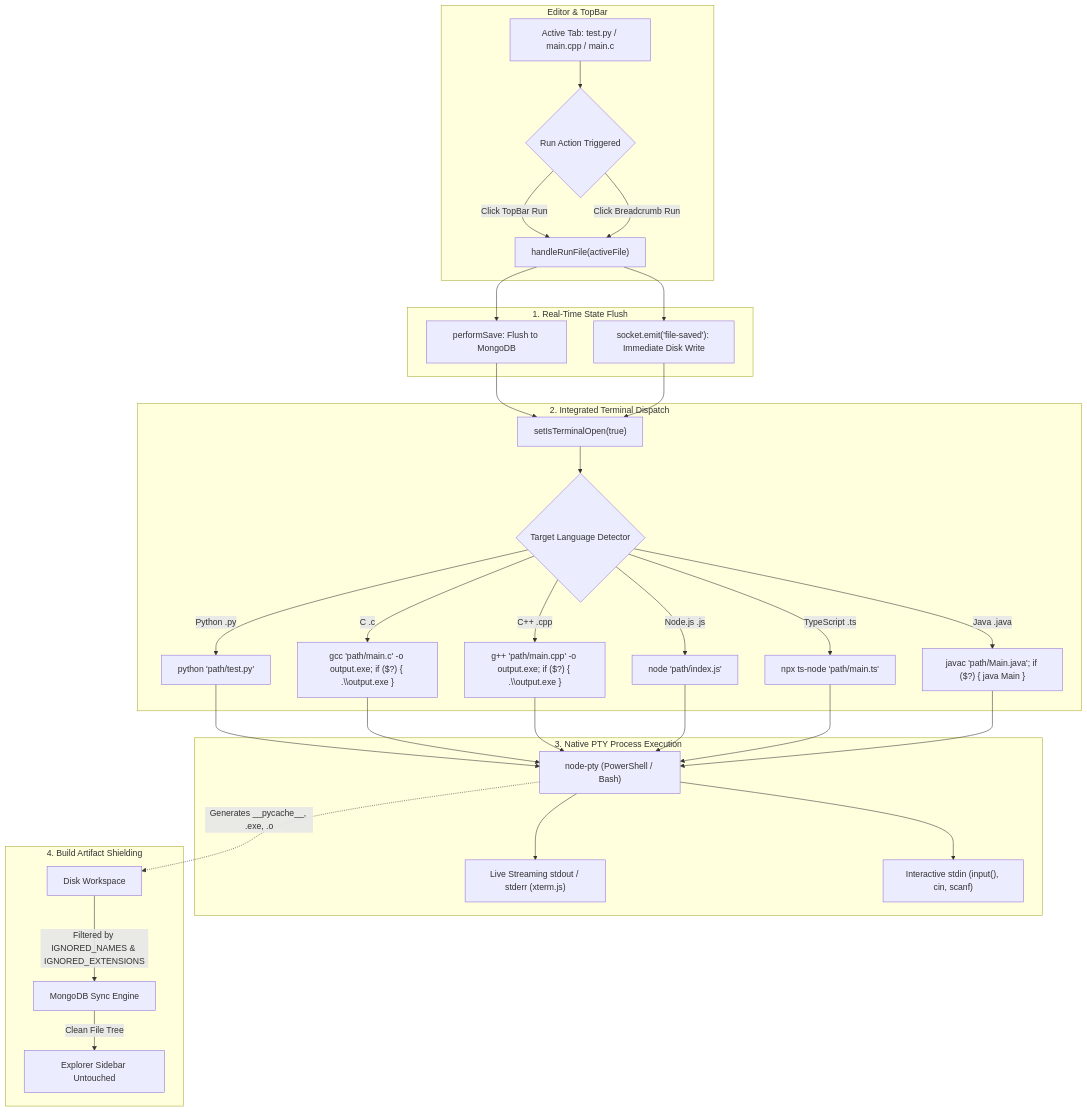
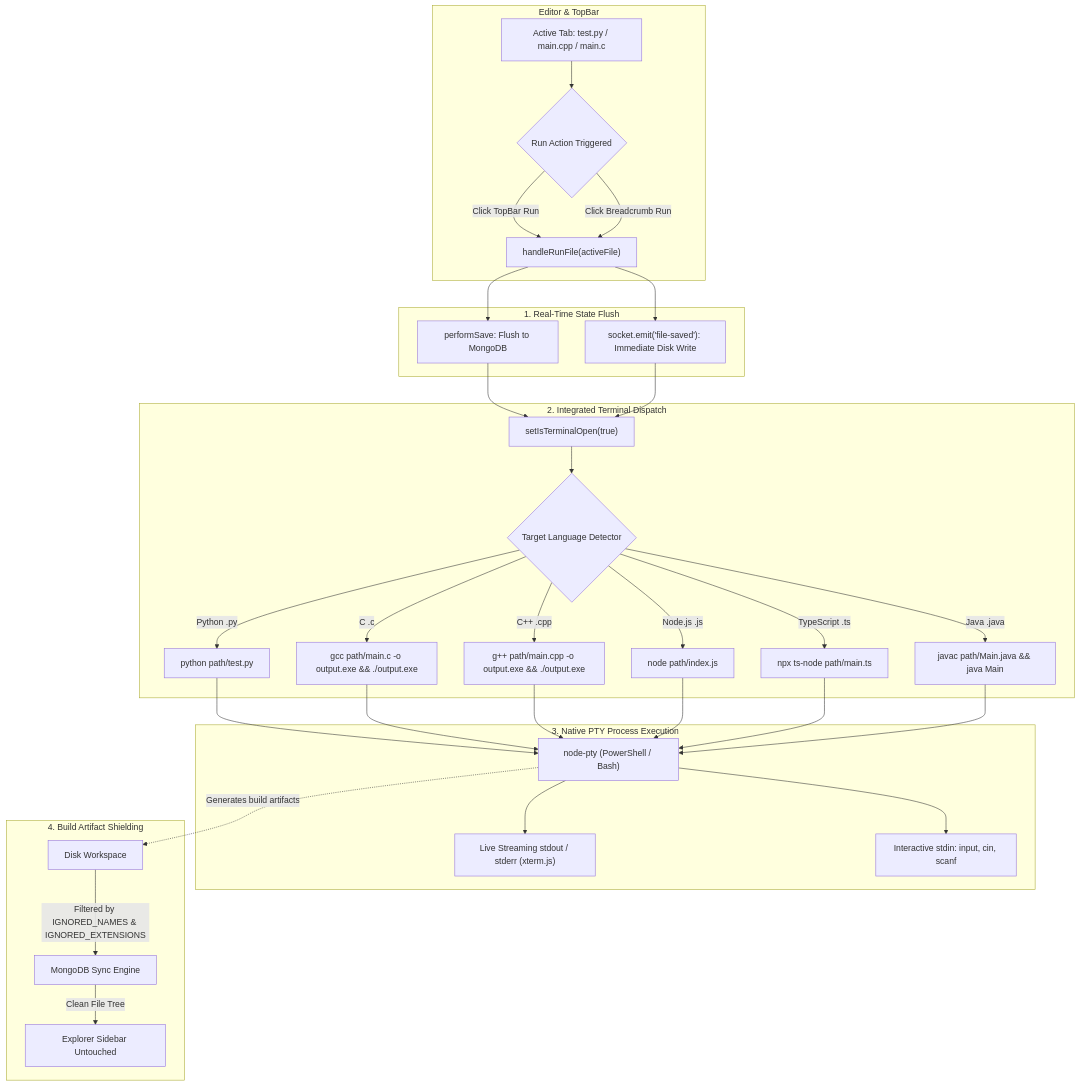
Diagram 15 of 16 in README.md (KRISHNA-0425/BHASHA), drawn with Mermaid before and after one commit. The commit also changed other lines of this file, not shown here.

Commit message:
fix(docs): resolve sequence diagram statement parsing error in multi-language execution flow

````diff
--- a/README.md
+++ b/README.md
@@ -1026,36 +1026,36 @@
 ```mermaid
 flowchart TD
     subgraph UI["Editor & TopBar"]
         A["Active Tab: test.py / main.cpp / main.c"] --> B{"Run Action Triggered"}
         B -->|Click TopBar Run| C["handleRunFile(activeFile)"]
         B -->|Click Breadcrumb Run| C
     end
 
     subgraph SyncEngine["1. Real-Time State Flush"]
         C --> D["performSave: Flush to MongoDB"]
         C --> E["socket.emit('file-saved'): Immediate Disk Write"]
     end
 
     subgraph ExecutionDock["2. Integrated Terminal Dispatch"]
         D & E --> F["setIsTerminalOpen(true)"]
         F --> G{"Target Language Detector"}
-        G -->|Python .py| H["python 'path/test.py'"]
-        G -->|C .c| I["gcc 'path/main.c' -o output.exe; if ($?) { .\\output.exe }"]
-        G -->|C++ .cpp| J["g++ 'path/main.cpp' -o output.exe; if ($?) { .\\output.exe }"]
-        G -->|Node.js .js| K["node 'path/index.js'"]
-        G -->|TypeScript .ts| L["npx ts-node 'path/main.ts'"]
-        G -->|Java .java| M["javac 'path/Main.java'; if ($?) { java Main }"]
+        G -->|Python .py| H["python path/test.py"]
+        G -->|C .c| I["gcc path/main.c -o output.exe && ./output.exe"]
+        G -->|C++ .cpp| J["g++ path/main.cpp -o output.exe && ./output.exe"]
+        G -->|Node.js .js| K["node path/index.js"]
+        G -->|TypeScript .ts| L["npx ts-node path/main.ts"]
+        G -->|Java .java| M["javac path/Main.java && java Main"]
     end
 
     subgraph TerminalPTY["3. Native PTY Process Execution"]
         H & I & J & K & L & M --> N["node-pty (PowerShell / Bash)"]
         N --> O["Live Streaming stdout / stderr (xterm.js)"]
-        N --> P["Interactive stdin (input(), cin, scanf)"]
+        N --> P["Interactive stdin: input, cin, scanf"]
     end
 
     subgraph Shielding["4. Build Artifact Shielding"]
-        N -.->|Generates __pycache__, .exe, .o| Q[Disk Workspace]
+        N -.->|Generates build artifacts| Q[Disk Workspace]
         Q -->|Filtered by IGNORED_NAMES & IGNORED_EXTENSIONS| R[MongoDB Sync Engine]
         R -->|Clean File Tree| S[Explorer Sidebar Untouched]
     end
 ```
````
